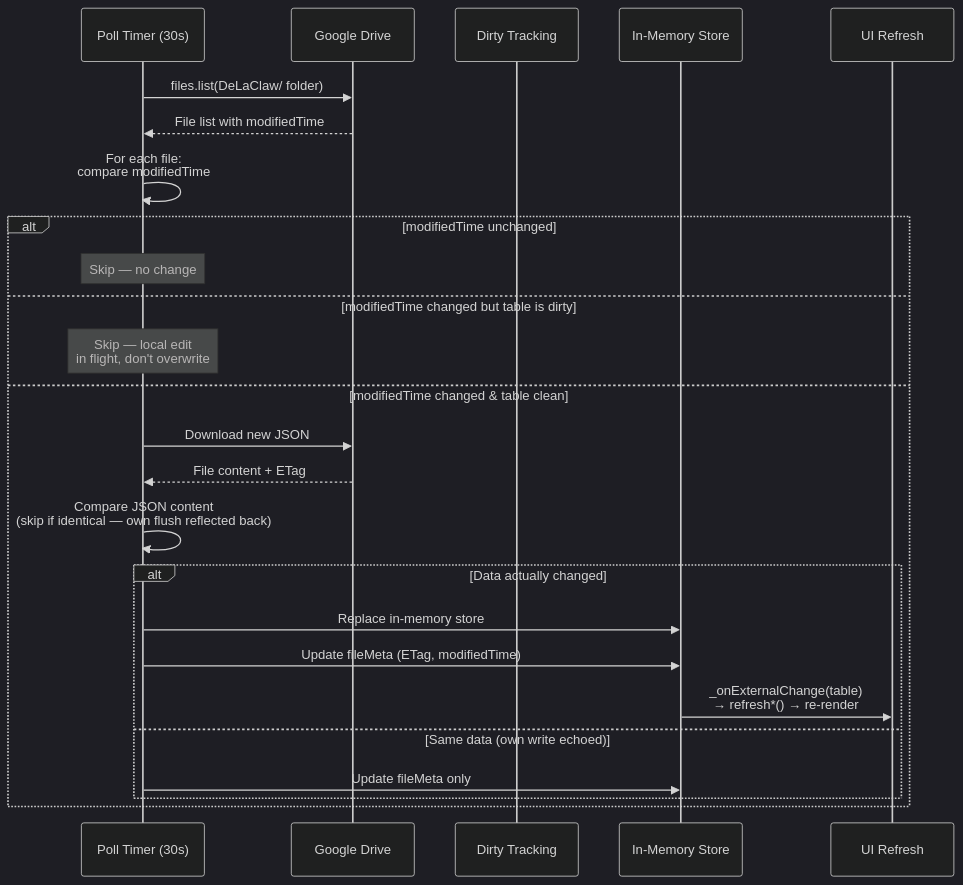
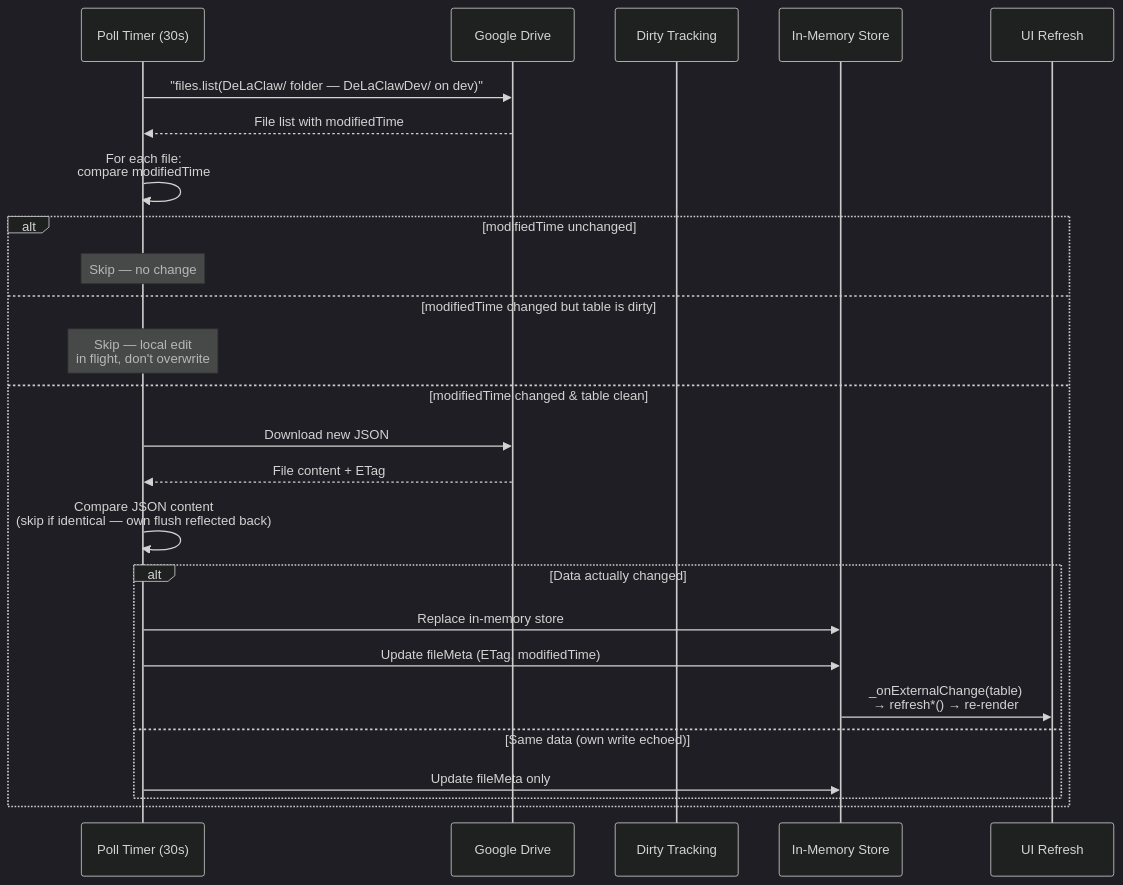
The sixth of 8 diagrams in docs-site/sync-architecture.md (AntGro/DeLaClaw), drawn with Mermaid (dark theme) before and after one commit. The commit also changed other lines of this file and 133 other files, not shown here.

````diff
--- a/docs-site/sync-architecture.md
+++ b/docs-site/sync-architecture.md
@@ -77,32 +404,32 @@
 ```mermaid
 sequenceDiagram
     participant POLL as Poll Timer (30s)
     participant DRIVE as Google Drive
     participant DT as Dirty Tracking
     participant MEM as In-Memory Store
     participant UI as UI Refresh
 
-    POLL->>DRIVE: files.list(DeLaClaw/ folder)
+    POLL->>DRIVE: "files.list(DeLaClaw/ folder — DeLaClawDev/ on dev)"
     DRIVE-->>POLL: File list with modifiedTime
 
     POLL->>POLL: For each file:<br/>compare modifiedTime
 
     alt modifiedTime unchanged
         Note over POLL: Skip — no change
     else modifiedTime changed but table is dirty
         Note over POLL: Skip — local edit<br/>in flight, don't overwrite
     else modifiedTime changed & table clean
         POLL->>DRIVE: Download new JSON
         DRIVE-->>POLL: File content + ETag
 
         POLL->>POLL: Compare JSON content<br/>(skip if identical — own flush reflected back)
 
         alt Data actually changed
             POLL->>MEM: Replace in-memory store
             POLL->>MEM: Update fileMeta (ETag, modifiedTime)
             MEM->>UI: _onExternalChange(table)<br/>→ refresh*() → re-render
         else Same data (own write echoed)
             POLL->>MEM: Update fileMeta only
         end
     end
 ```
````
